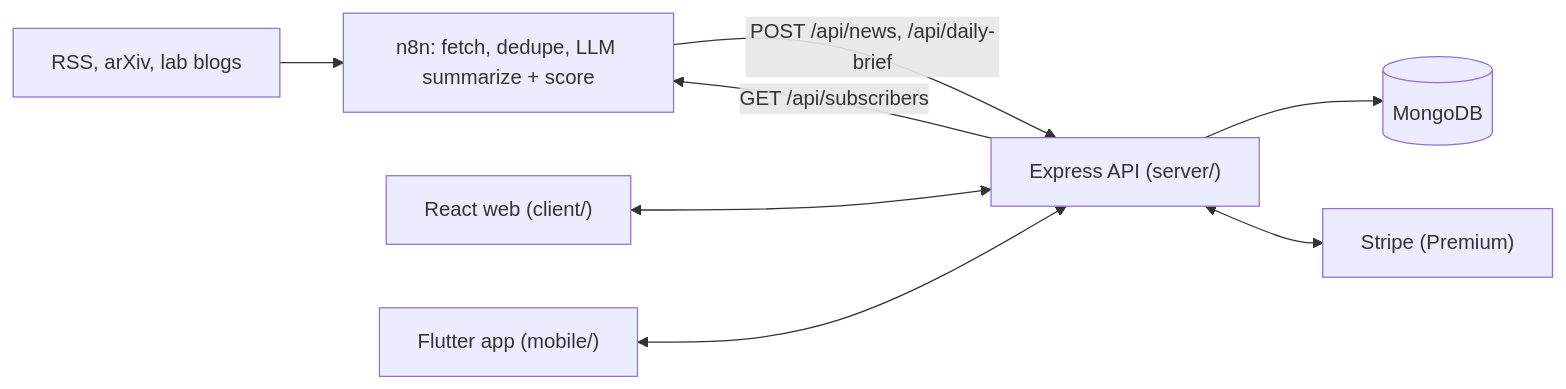
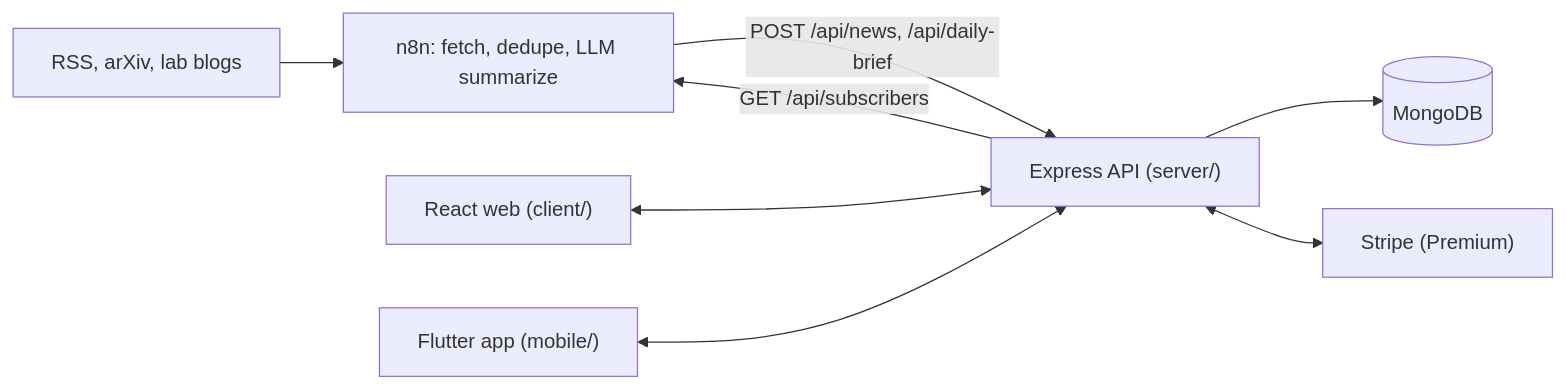
The diagram in README.md (TechCatalyst-co/gsin), drawn with Mermaid before and after one commit. The commit also changed other lines of this file and 57 other files, not shown here.

````diff
--- a/README.md
+++ b/README.md
@@ -22,10 +22,10 @@
 ```mermaid
 flowchart LR
-    Sources["RSS, arXiv, lab blogs"] --> N8N["n8n: fetch, dedupe, LLM summarize + score"]
+    Sources["RSS, arXiv, lab blogs"] --> N8N["n8n: fetch, dedupe, LLM summarize"]
     N8N -->|"POST /api/news, /api/daily-brief"| API["Express API (server/)"]
     API --> Mongo[(MongoDB)]
     API <--> Stripe["Stripe (Premium)"]
     Web["React web (client/)"] <--> API
     App["Flutter app (mobile/)"] <--> API
     API -->|"GET /api/subscribers"| N8N
 ```
````
